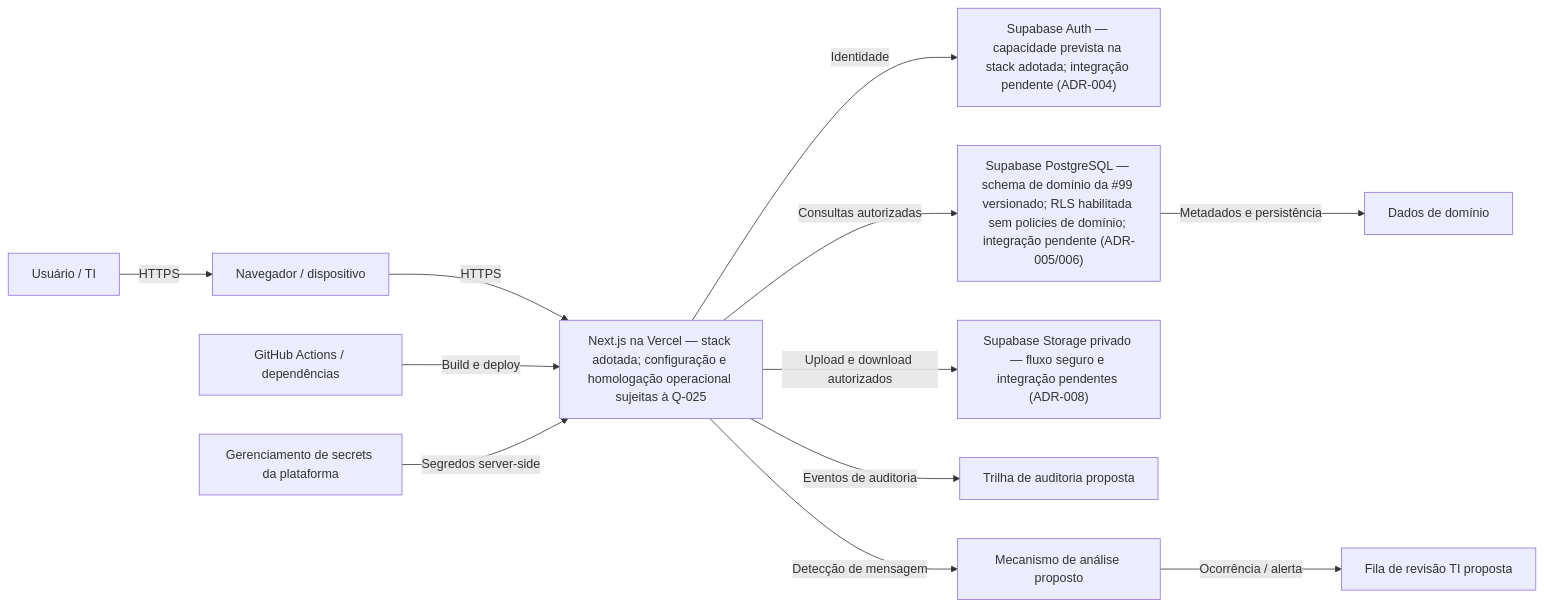
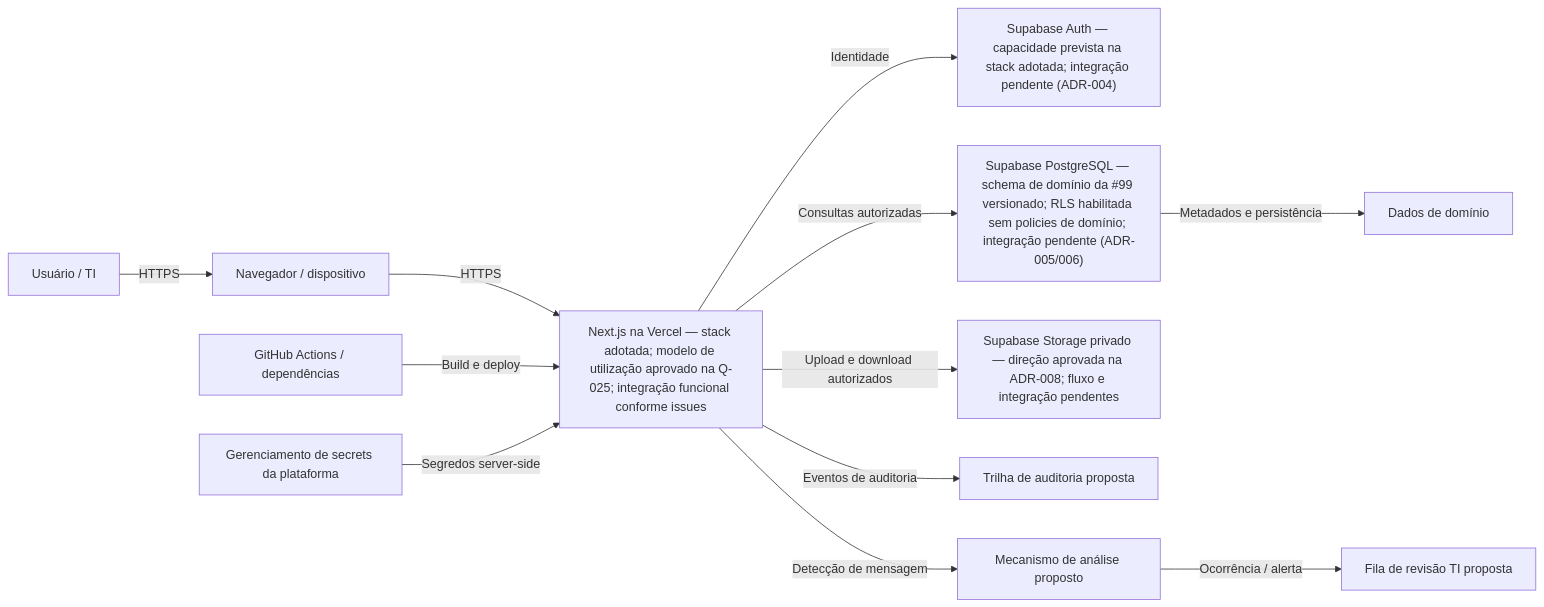
The diagram in docs/security/issue-125-modelo-de-ameacas.md (Aluvioz/Polychat), drawn with Mermaid before and after one commit. The commit also changed other lines of this file, not shown here.

```diff
--- a/docs/security/issue-125-modelo-de-ameacas.md
+++ b/docs/security/issue-125-modelo-de-ameacas.md
@@ -131,14 +131,14 @@
 ~~~mermaid
 flowchart LR
     U["Usuário / TI"] -->|HTTPS| B["Navegador / dispositivo"]
-    B -->|HTTPS| V["Next.js na Vercel — stack adotada; configuração e homologação operacional sujeitas à Q-025"]
+    B -->|HTTPS| V["Next.js na Vercel — stack adotada; modelo de utilização aprovado na Q-025; integração funcional conforme issues"]
     V -->|Identidade| A["Supabase Auth — capacidade prevista na stack adotada; integração pendente (ADR-004)"]
     V -->|Consultas autorizadas| P["Supabase PostgreSQL — schema de domínio da #99 versionado; RLS habilitada sem policies de domínio; integração pendente (ADR-005/006)"]
-    V -->|Upload e download autorizados| S["Supabase Storage privado — fluxo seguro e integração pendentes (ADR-008)"]
+    V -->|Upload e download autorizados| S["Supabase Storage privado — direção aprovada na ADR-008; fluxo e integração pendentes"]
     P -->|Metadados e persistência| D["Dados de domínio"]
     V -->|Eventos de auditoria| L["Trilha de auditoria proposta"]
     V -->|Detecção de mensagem| M["Mecanismo de análise proposto"]
     M -->|Ocorrência / alerta| Q["Fila de revisão TI proposta"]
     CI["GitHub Actions / dependências"] -->|Build e deploy| V
     K["Gerenciamento de secrets da plataforma"] -->|Segredos server-side| V
 ~~~
```
